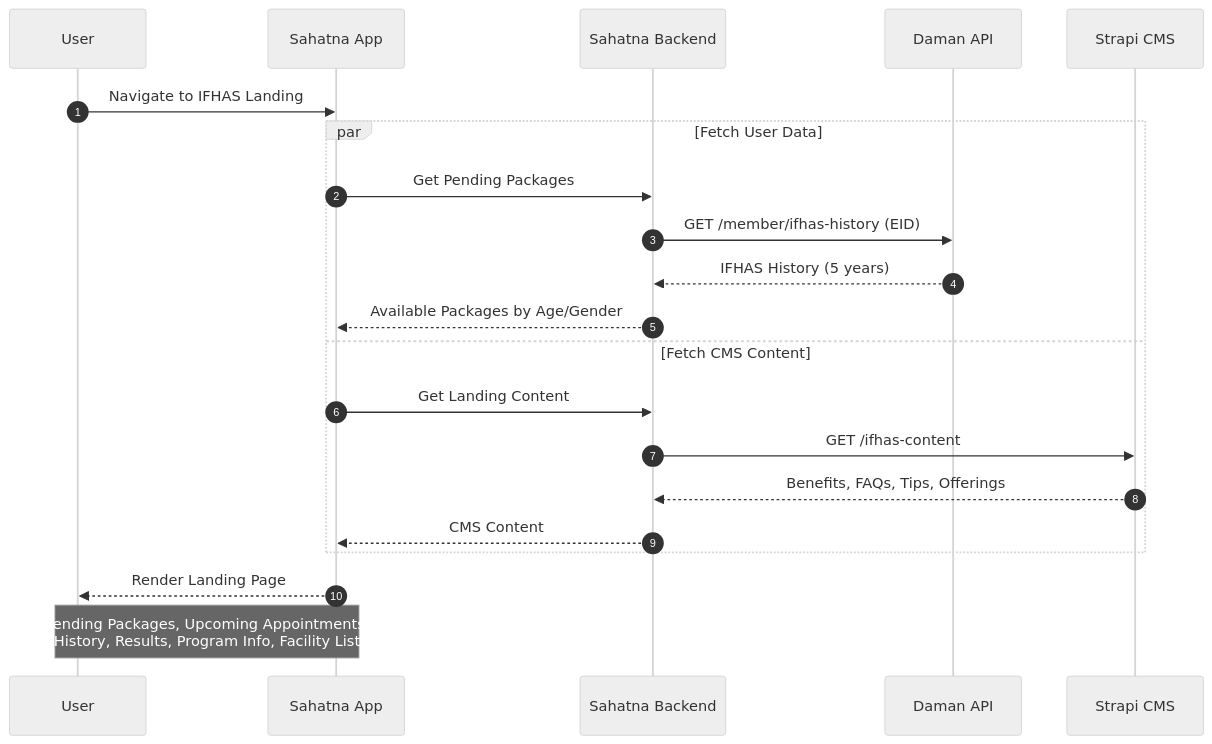
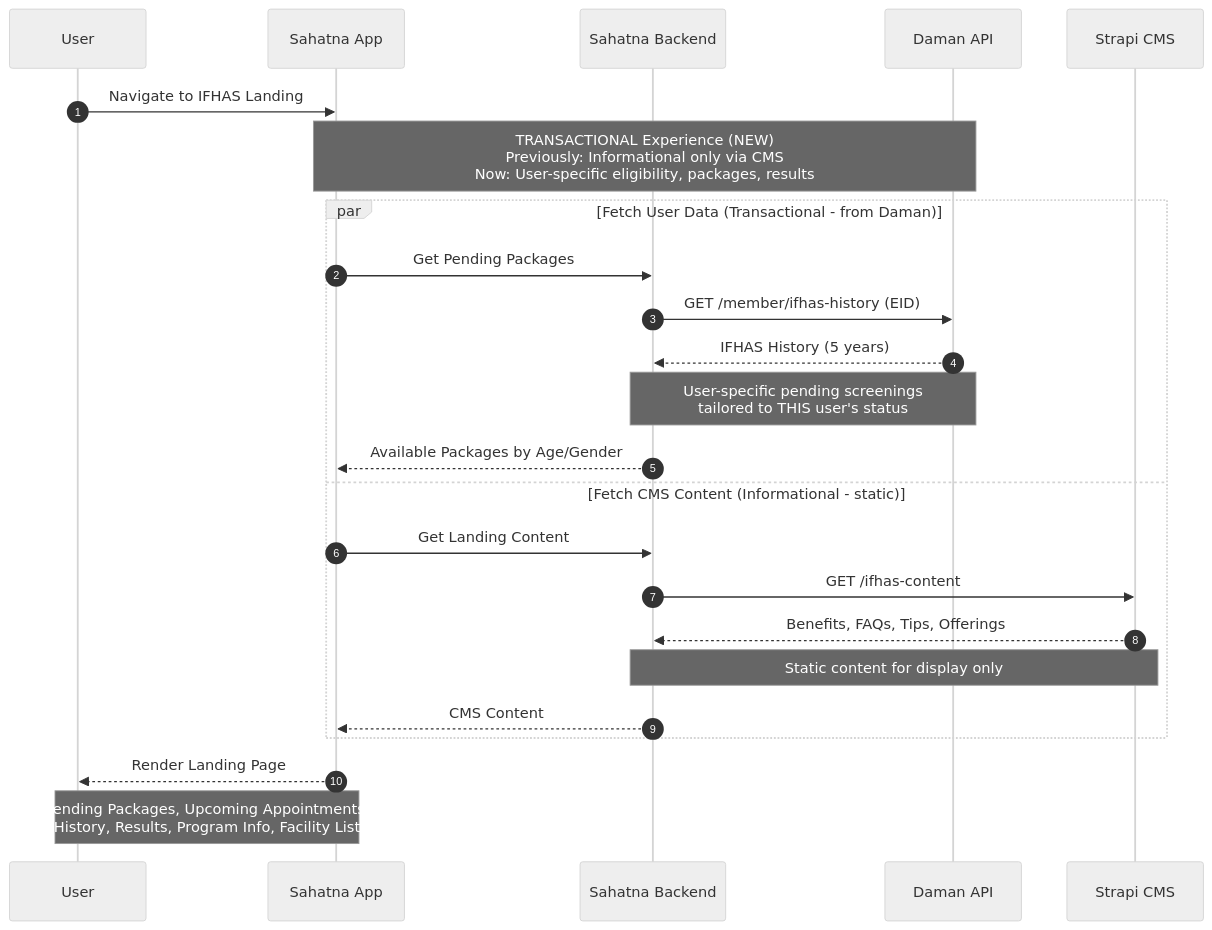
The second of 11 diagrams in IFHAS_Sequence_Diagrams.md (shlapolosa/local-ai-packaged), drawn with Mermaid (neutral theme) before and after one commit. The commit also changed other lines of this file and 1 other file, not shown here.

````diff
--- a/IFHAS_Sequence_Diagrams.md
+++ b/IFHAS_Sequence_Diagrams.md
@@ -32,26 +47,30 @@
 ```mermaid
 sequenceDiagram
     autonumber
     participant U as User
     participant SA as Sahatna App
     participant BE as Sahatna Backend
     participant D as Daman API
     participant ST as Strapi CMS
 
     U->>SA: Navigate to IFHAS Landing
 
-    par Fetch User Data
+    Note over SA,D: TRANSACTIONAL Experience (NEW)<br/>Previously: Informational only via CMS<br/>Now: User-specific eligibility, packages, results
+
+    par Fetch User Data (Transactional - from Daman)
         SA->>BE: Get Pending Packages
         BE->>D: GET /member/ifhas-history (EID)
         D-->>BE: IFHAS History (5 years)
+        Note over D,BE: User-specific pending screenings<br/>tailored to THIS user's status
         BE-->>SA: Available Packages by Age/Gender
-    and Fetch CMS Content
+    and Fetch CMS Content (Informational - static)
         SA->>BE: Get Landing Content
         BE->>ST: GET /ifhas-content
         ST-->>BE: Benefits, FAQs, Tips, Offerings
+        Note over ST,BE: Static content for display only
         BE-->>SA: CMS Content
     end
 
     SA-->>U: Render Landing Page
     Note over U,SA: Pending Packages, Upcoming Appointments,<br/>History, Results, Program Info, Facility List
 ```
````
